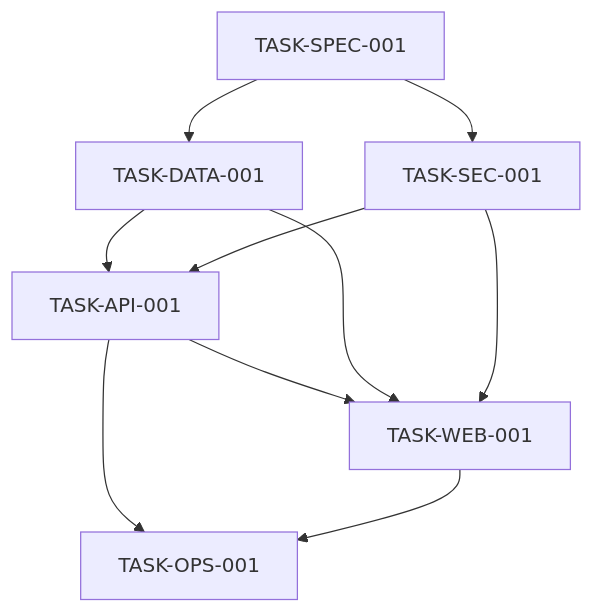
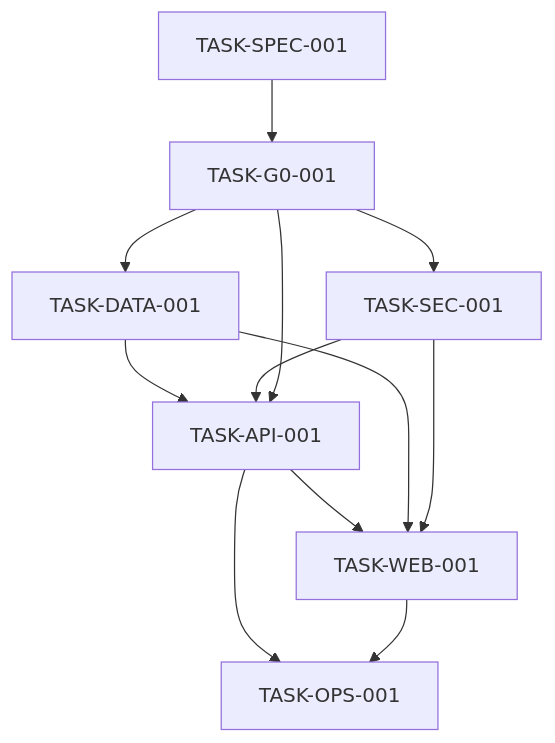
One commit to Y4NN777/226os changed the diagram in docs/spec-kit/CLAUDE_HANDOFF.md. Above: the diagram before and after it, drawn with Mermaid. The commit also changed other lines of this file and 14 other files, not shown here.

````diff
--- a/docs/spec-kit/CLAUDE_HANDOFF.md
+++ b/docs/spec-kit/CLAUDE_HANDOFF.md
@@ -56,12 +58,14 @@
 ```mermaid
 graph TD
-  S[TASK-SPEC-001] --> D[TASK-DATA-001]
-  S --> A[TASK-SEC-001]
+  S[TASK-SPEC-001] --> G[TASK-G0-001]
+  G --> D[TASK-DATA-001]
+  G --> A[TASK-SEC-001]
   D --> H[TASK-API-001]
   A --> H
+  G --> H
   H --> W[TASK-WEB-001]
   D --> W
   A --> W
   H --> O[TASK-OPS-001]
   W --> O
 ```
````
